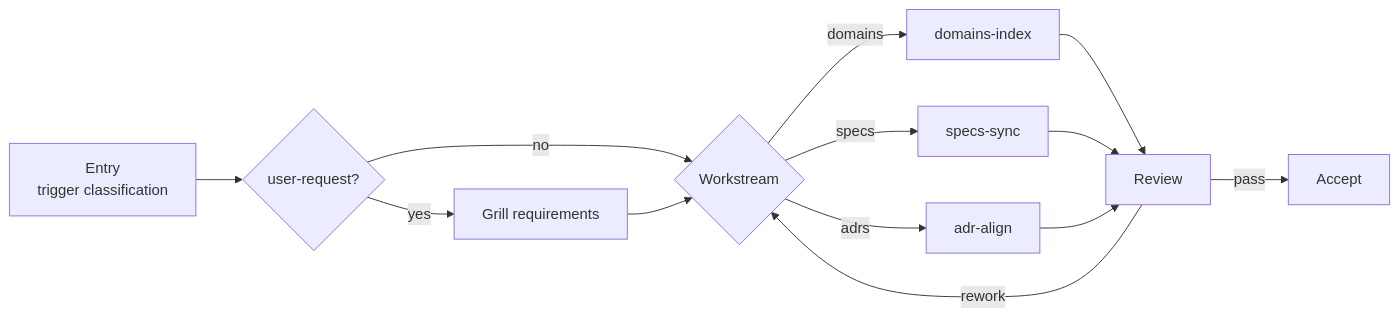
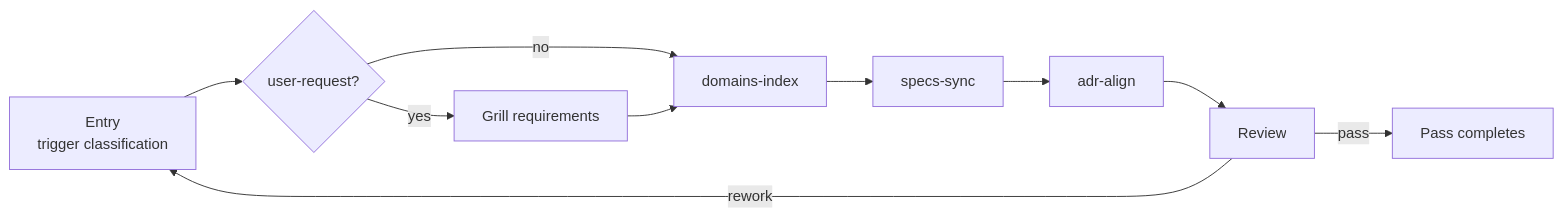
The second of 3 diagrams in README.md (makara/ai-atomic-workflow), drawn with Mermaid before and after one commit. The commit also changed other lines of this file and 72 other files, not shown here.

````diff
--- a/README.md
+++ b/README.md
@@ -97,15 +94,12 @@
 ```mermaid
 graph LR
    ENTRY[Entry<br/>trigger classification] --> REQ{user-request?}
    REQ -->|yes| GRILL[Grill requirements]
-   REQ -->|no| WORK{Workstream}
-   GRILL --> WORK
-   WORK -->|domains| DOM[domains-index]
-   WORK -->|specs| SYN[specs-sync]
-   WORK -->|adrs| ALN[adr-align]
-   DOM --> REV[Review]
-   SYN --> REV
-   ALN --> REV
-   REV -->|pass| ACC[Accept]
-   REV -->|rework| WORK
+   REQ -->|no| DOM[domains-index]
+   GRILL --> DOM
+   DOM --> SYN[specs-sync]
+   SYN --> ALN[adr-align]
+   ALN --> REV[Review]
+   REV -->|rework| ENTRY
+   REV -->|pass| DONE[Pass completes]
 ```
````
